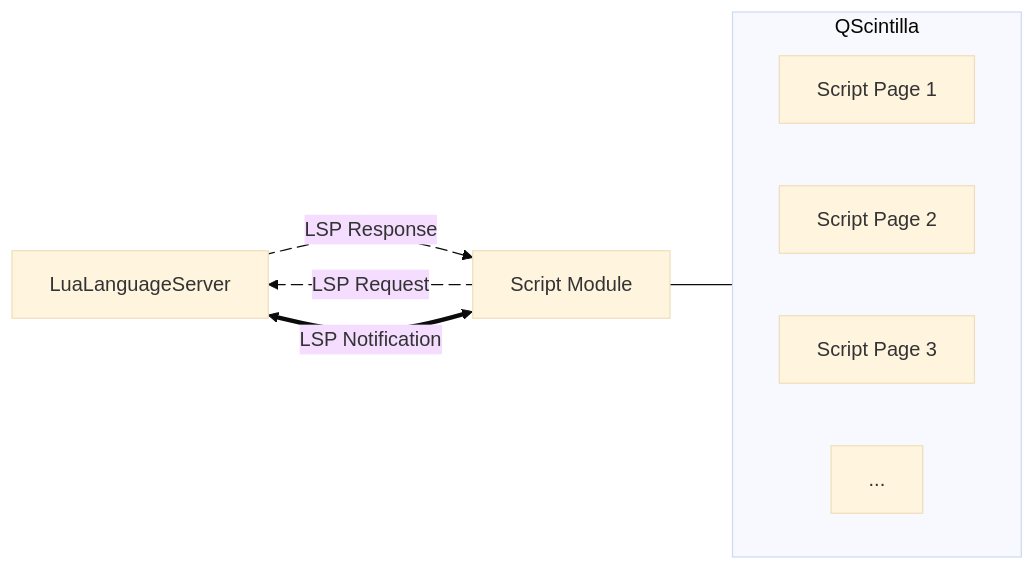
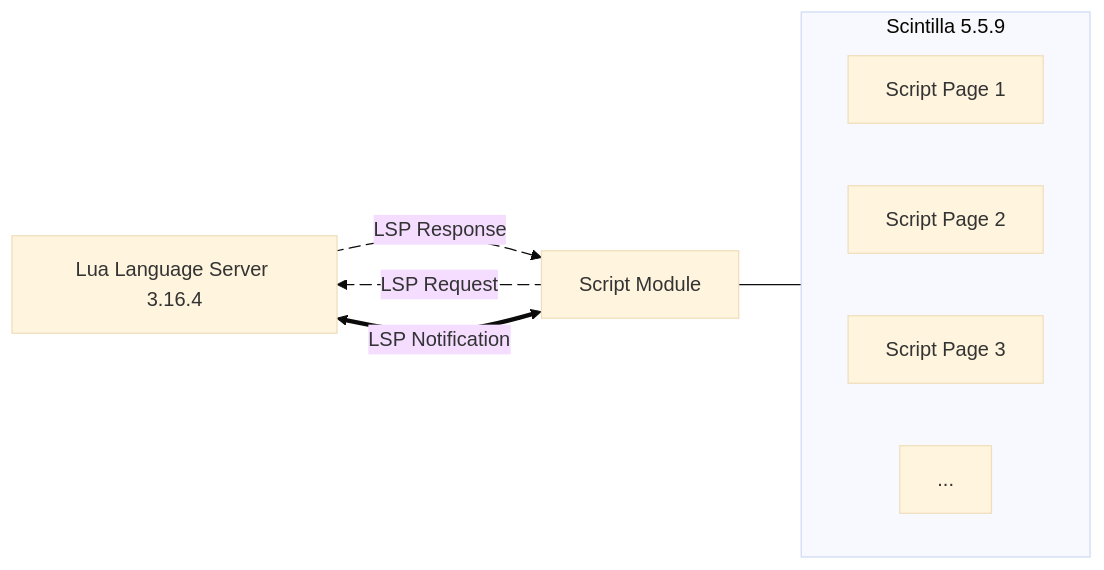
The third of 3 diagrams in readme.md (zyt20001205/UniComm2), drawn with Mermaid (base theme) before and after one commit.

Commit message:
md update

````diff
--- a/readme.md
+++ b/readme.md
@@ -247,18 +247,18 @@
 ```mermaid
 flowchart LR
-    luaLanguageServer[LuaLanguageServer]
+    luaLanguageServer[Lua Language Server 3.16.4]
     scriptModule[Script Module]
-    subgraph qScintilla[QScintilla]
+    subgraph scintilla[Scintilla 5.5.9]
         direction LR
         scriptPage1[Script Page 1]
         scriptPage2[Script Page 2]
         scriptPage3[Script Page 3]
         scriptPage4[...]
     end
     scriptModule e1@ -->|LSP Request| luaLanguageServer
     scriptModule <==>|LSP Notification| luaLanguageServer
     luaLanguageServer e2@ -->|LSP Response| scriptModule
-    scriptModule --- qScintilla
+    scriptModule --- scintilla
     e1@{animate: true}
     e2@{animate: true}
 ```
````
